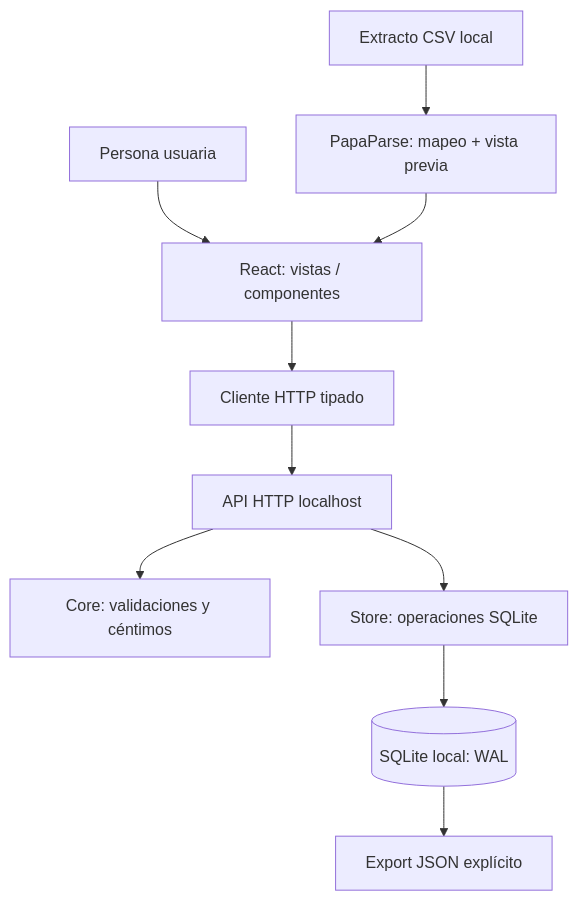
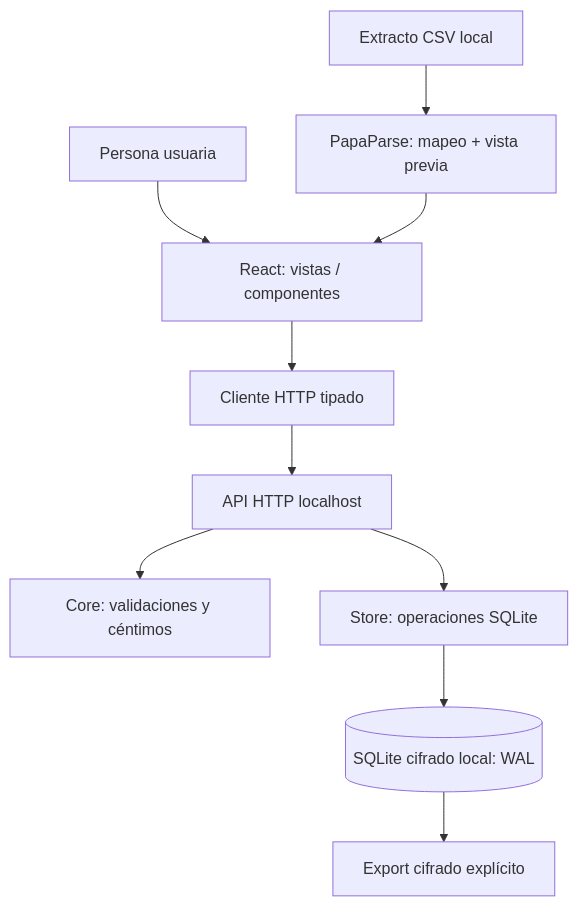
Before and after one commit to dajarony/finanzas: the diagram in docs/ARCHITECTURE.md, drawn with Mermaid. The commit also changed other lines of this file and 29 other files, not shown here.

````diff
--- a/docs/ARCHITECTURE.md
+++ b/docs/ARCHITECTURE.md
@@ -7,12 +7,12 @@
 ```mermaid
 flowchart TD
   U[Persona usuaria] --> R[React: vistas / componentes]
   F[Extracto CSV local] --> P[PapaParse: mapeo + vista previa]
   P --> R
   R --> C[Cliente HTTP tipado]
   C --> API[API HTTP localhost]
   API --> V[Core: validaciones y céntimos]
   API --> S[Store: operaciones SQLite]
-  S --> DB[(SQLite local: WAL)]
-  DB --> E[Export JSON explícito]
+  S --> DB[(SQLite cifrado local: WAL)]
+  DB --> E[Export cifrado explícito]
 ```
````
